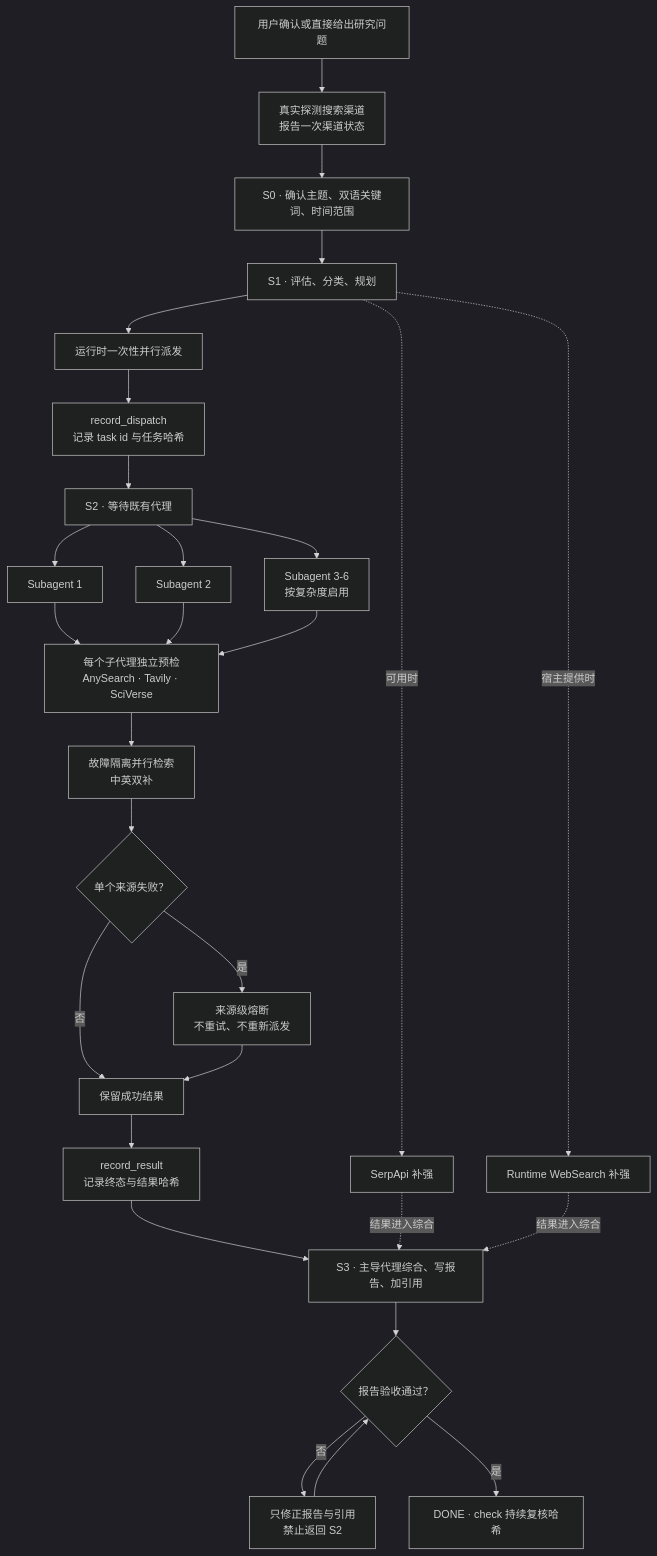
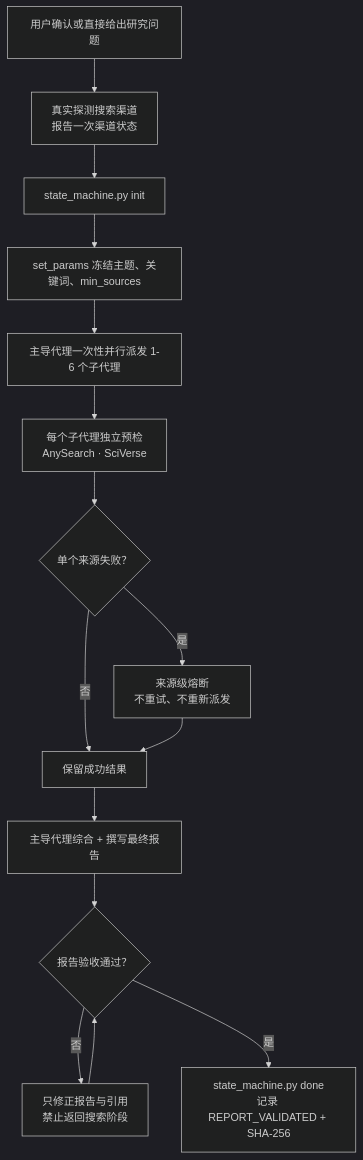
The diagram in README.md (jefeerzhang/tri-research-skill), drawn with Mermaid (dark theme) before and after one commit. The commit also changed other lines of this file and 7 other files, not shown here.

````diff
--- a/README.md
+++ b/README.md
@@ -50,34 +44,17 @@
 ```mermaid
 flowchart TD
     U["用户确认或直接给出研究问题"] --> P["真实探测搜索渠道<br/>报告一次渠道状态"]
-    P --> S0["S0 · 确认主题、双语关键词、时间范围"]
-    S0 --> S1["S1 · 评估、分类、规划"]
-
-    S1 --> D["运行时一次性并行派发"]
-    D --> L["record_dispatch<br/>记录 task id 与任务哈希"]
-    L --> S2["S2 · 等待既有代理"]
-    S1 -. "可用时" .-> SP["SerpApi 补强"]
-    S1 -. "宿主提供时" .-> WS["Runtime WebSearch 补强"]
-
-    S2 --> A1["Subagent 1"]
-    S2 --> A2["Subagent 2"]
-    S2 --> AN["Subagent 3-6<br/>按复杂度启用"]
-
-    A1 --> PF["每个子代理独立预检<br/>AnySearch · Tavily · SciVerse"]
-    A2 --> PF
-    AN --> PF
-    PF --> Q["故障隔离并行检索<br/>中英双补"]
+    P --> SM0["state_machine.py init"]
+    SM0 --> SM1["set_params 冻结主题、关键词、min_sources"]
+    SM1 --> D["主导代理一次性并行派发 1-6 个子代理"]
+    D --> Q["每个子代理独立预检<br/>AnySearch · SciVerse"]
     Q --> F{"单个来源失败？"}
     F -- "是" --> CB["来源级熔断<br/>不重试、不重新派发"]
     F -- "否" --> R["保留成功结果"]
     CB --> R
-
-    R --> E["record_result<br/>记录终态与结果哈希"]
-    E --> S3["S3 · 主导代理综合、写报告、加引用"]
-    SP -. "结果进入综合" .-> S3
-    WS -. "结果进入综合" .-> S3
-    S3 --> V{"报告验收通过？"}
-    V -- "否" --> FIX["只修正报告与引用<br/>禁止返回 S2"]
+    R --> S["主导代理综合 + 撰写最终报告"]
+    S --> V{"报告验收通过？"}
+    V -- "否" --> FIX["只修正报告与引用<br/>禁止返回搜索阶段"]
     FIX --> V
-    V -- "是" --> DONE["DONE · check 持续复核哈希"]
+    V -- "是" --> SM2["state_machine.py done<br/>记录 REPORT_VALIDATED + SHA-256"]
 ```
````
